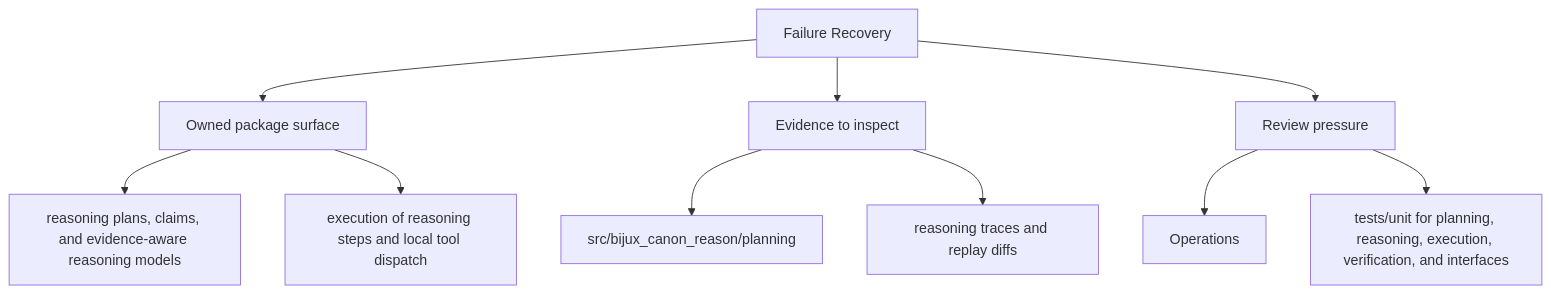
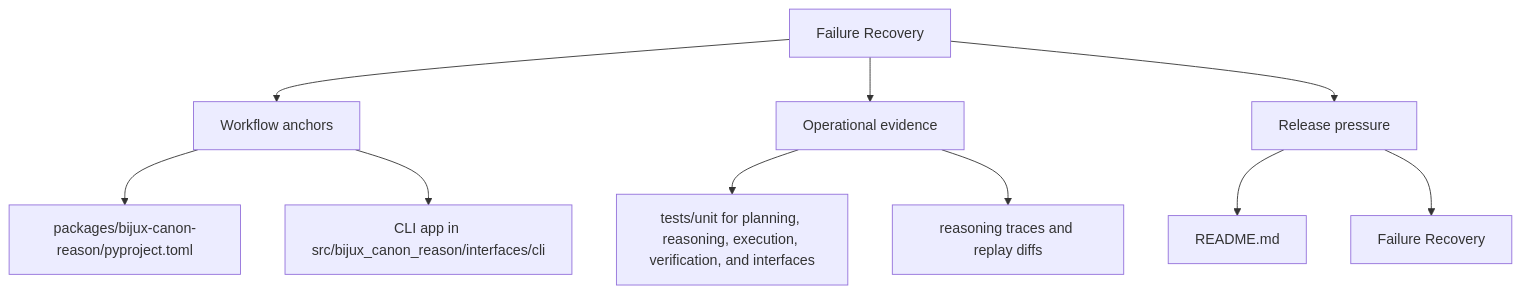
One commit to bijux/bijux-canon changed the second of 2 diagrams in docs/bijux-canon-reason/operations/failure-recovery.md. Above: the diagram before and after it, drawn with Mermaid. The commit also changed other lines of this file and 250 other files, not shown here.

Commit message:
docs(diagrams): make product page maps more readable

````diff
--- a/docs/bijux-canon-reason/operations/failure-recovery.md
+++ b/docs/bijux-canon-reason/operations/failure-recovery.md
@@ -34,22 +34,22 @@
 ```mermaid
 flowchart TD
     page["Failure Recovery"]
-    focus1["Owned package surface"]
+    focus1["Workflow anchors"]
     page --> focus1
-    focus1_1["reasoning plans, claims, and evidence-aware reasoning models"]
+    focus1_1["packages/bijux-canon-reason/pyproject.toml"]
     focus1 --> focus1_1
-    focus1_2["execution of reasoning steps and local tool dispatch"]
+    focus1_2["CLI app in src/bijux_canon_reason/interfaces/cli"]
     focus1 --> focus1_2
-    focus2["Evidence to inspect"]
+    focus2["Operational evidence"]
     page --> focus2
-    focus2_1["src/bijux_canon_reason/planning"]
+    focus2_1["tests/unit for planning, reasoning, execution, verification, and interfaces"]
     focus2 --> focus2_1
     focus2_2["reasoning traces and replay diffs"]
     focus2 --> focus2_2
-    focus3["Review pressure"]
+    focus3["Release pressure"]
     page --> focus3
-    focus3_1["Operations"]
+    focus3_1["README.md"]
     focus3 --> focus3_1
-    focus3_2["tests/unit for planning, reasoning, execution, verification, and interfaces"]
+    focus3_2["Failure Recovery"]
     focus3 --> focus3_2
 ```
````
